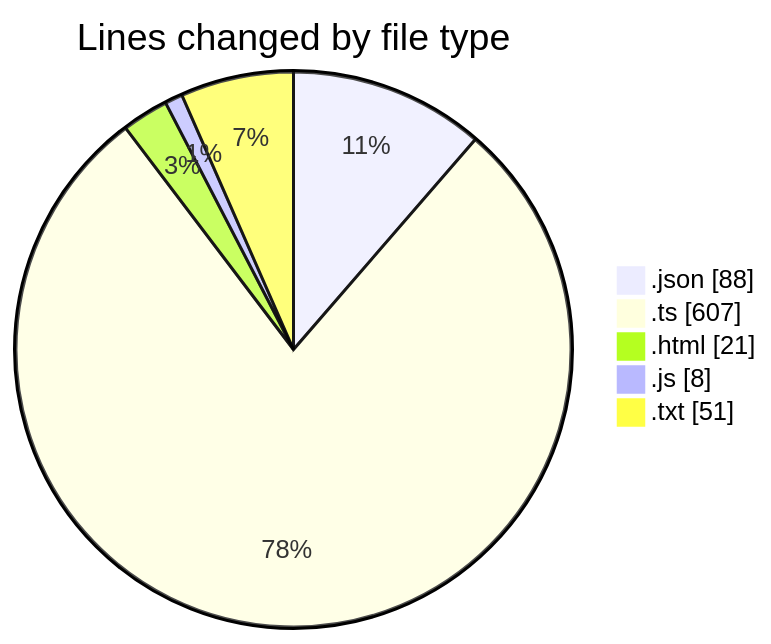
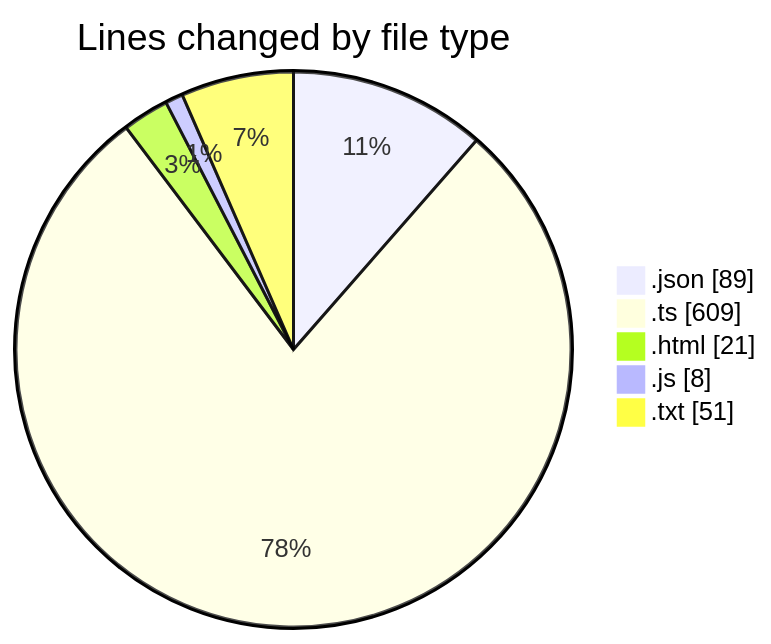
The first of 2 diagrams in 2026-02-02/singularitybrainai/README.md (tmsrecording-cyber/code-tracking), drawn with Mermaid before and after one commit. The commit also changed other lines of this file and 1 other file, not shown here.

````diff
--- a/2026-02-02/singularitybrainai/README.md
+++ b/2026-02-02/singularitybrainai/README.md
@@ -28,9 +28,9 @@
 ```mermaid
 pie showData
 title Lines changed by file type
-".json" : 88
-".ts" : 607
+".json" : 89
+".ts" : 609
 ".html" : 21
 ".js" : 8
 ".txt" : 51
 ```
````
